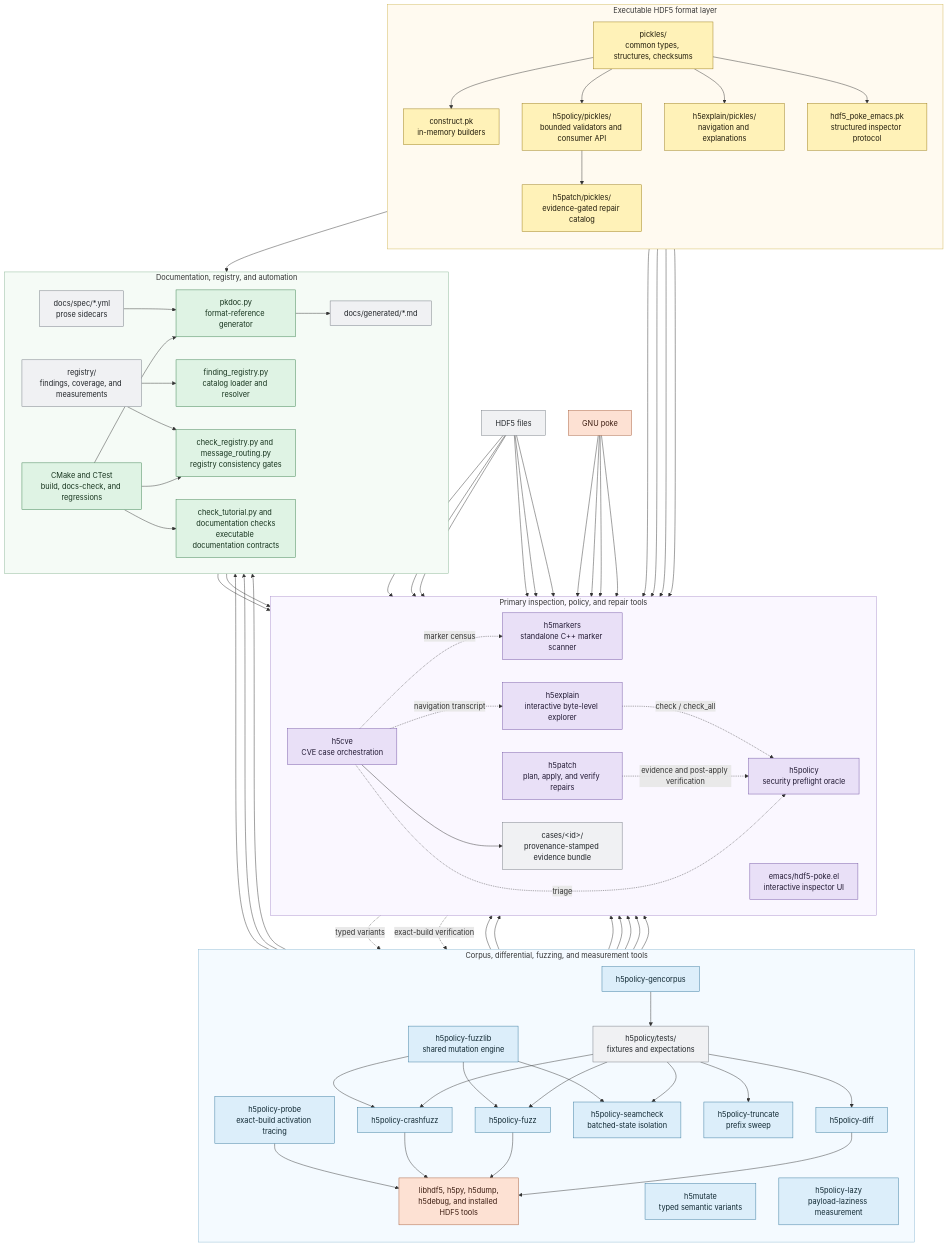
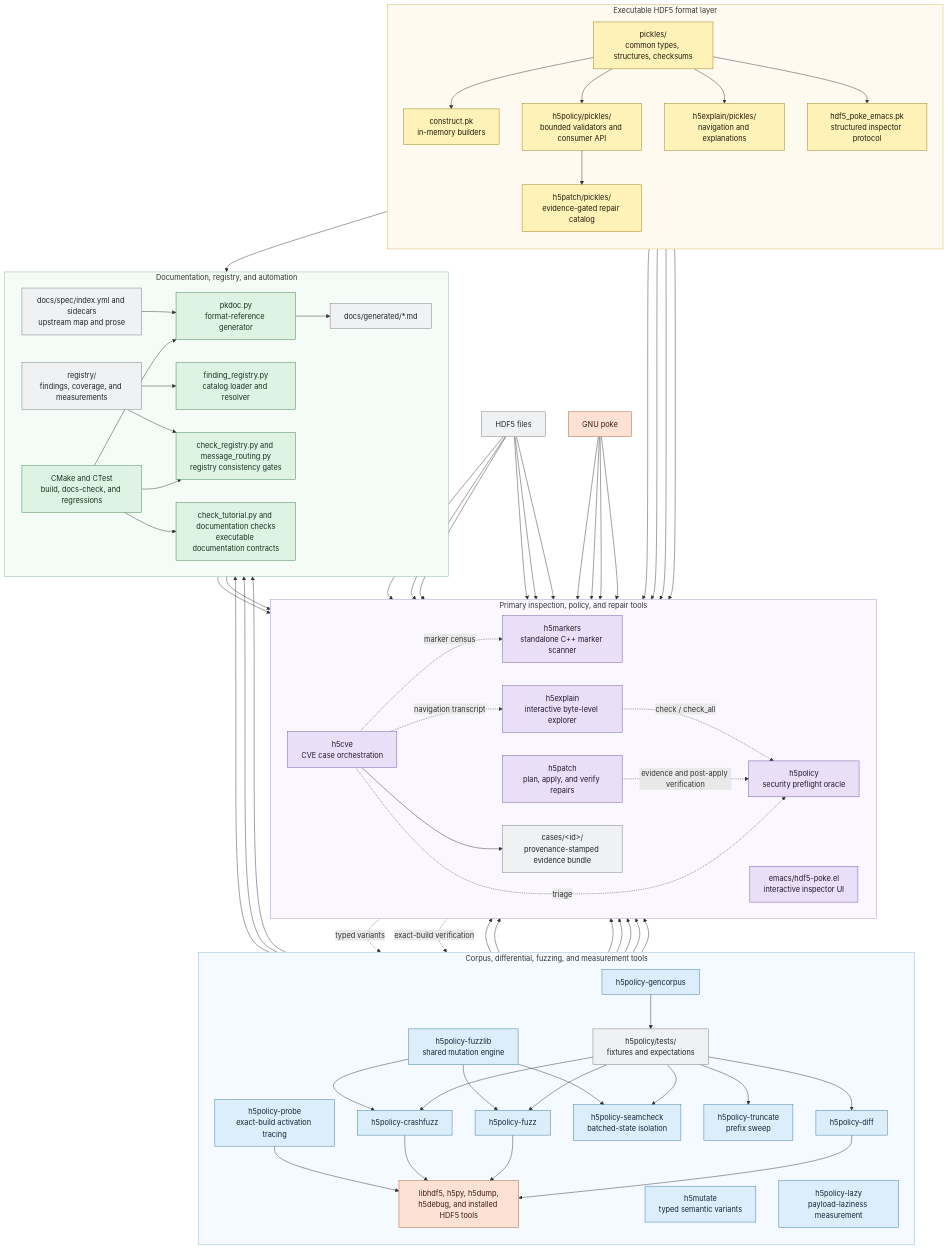
Before and after one commit to HDFGroup/hdf5-pickles: the diagram in docs/tool-overview.md, drawn with Mermaid. The commit also changed 42 other files, not shown here.

```diff
--- a/docs/tool-overview.md
+++ b/docs/tool-overview.md
@@ -65,7 +65,7 @@
 
   subgraph documentation["Documentation, registry, and automation"]
     direction LR
-    sidecars["docs/spec/*.yml<br/>prose sidecars"]:::artifact
+    sidecars["docs/spec/index.yml and sidecars<br/>upstream map and prose"]:::artifact
     pkdoc["pkdoc.py<br/>format-reference generator"]:::automation
     generated["docs/generated/*.md"]:::artifact
     registry["registry/<br/>findings, coverage, and measurements"]:::artifact
```
